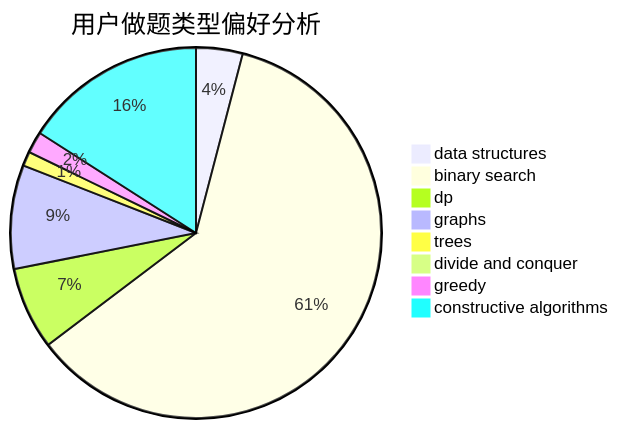
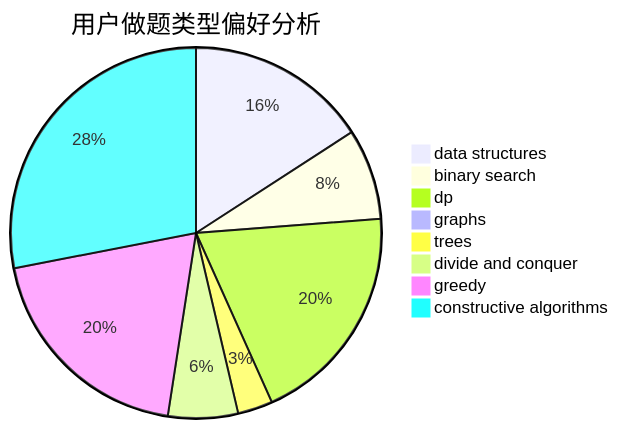
The second of 3 diagrams in docs/user/u2130.md (sherpahu/cfrs.github.io), drawn with Mermaid before and after one commit. The commit also changed other lines of this file and 2770 other files, not shown here.

````diff
--- a/docs/user/u2130.md
+++ b/docs/user/u2130.md
@@ -23,11 +23,11 @@
 ```mermaid
 pie title 用户做题类型偏好分析
-    "data structures" :  13
-    "binary search" :  194
-    "dp" :  23
-    "graphs" :  29
-    "trees" :  4
-    "divide and conquer" :  0
-    "greedy" :  6
-    "constructive algorithms" :  51
+    "data structures" :  26
+    "binary search" :  13
+    "dp" :  32
+    "graphs" :  0
+    "trees" :  5
+    "divide and conquer" :  10
+    "greedy" :  32
+    "constructive algorithms" :  46
 ```
````
